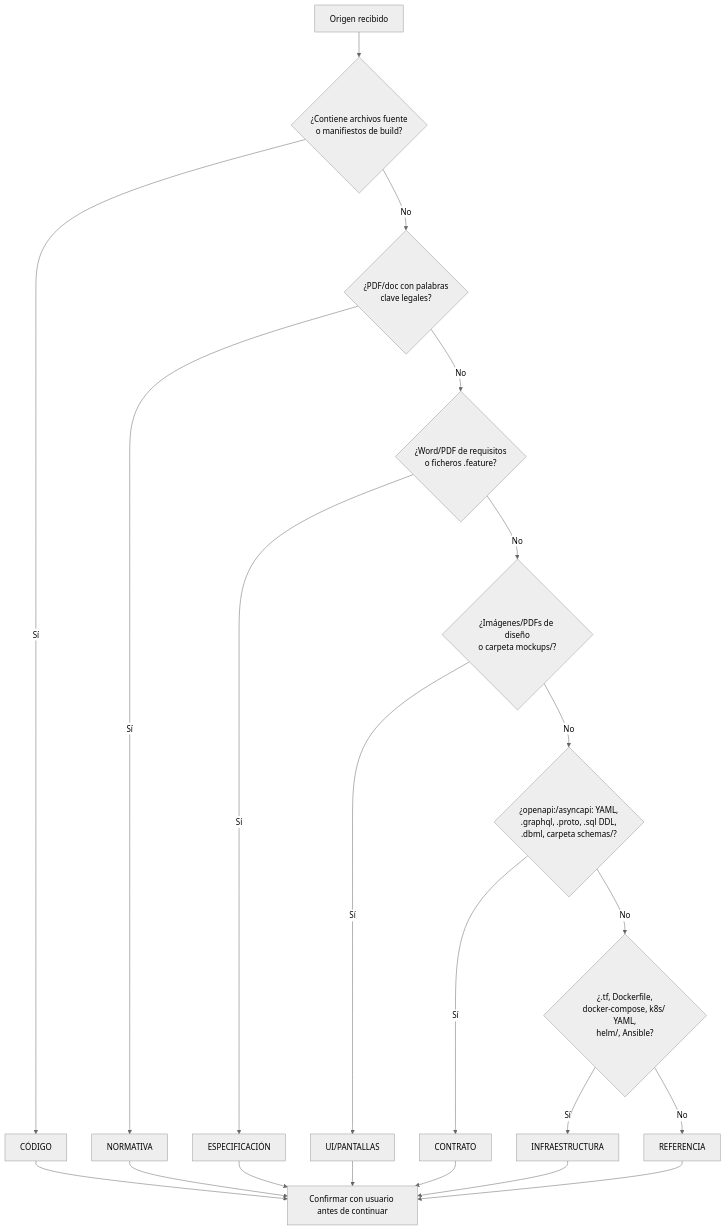
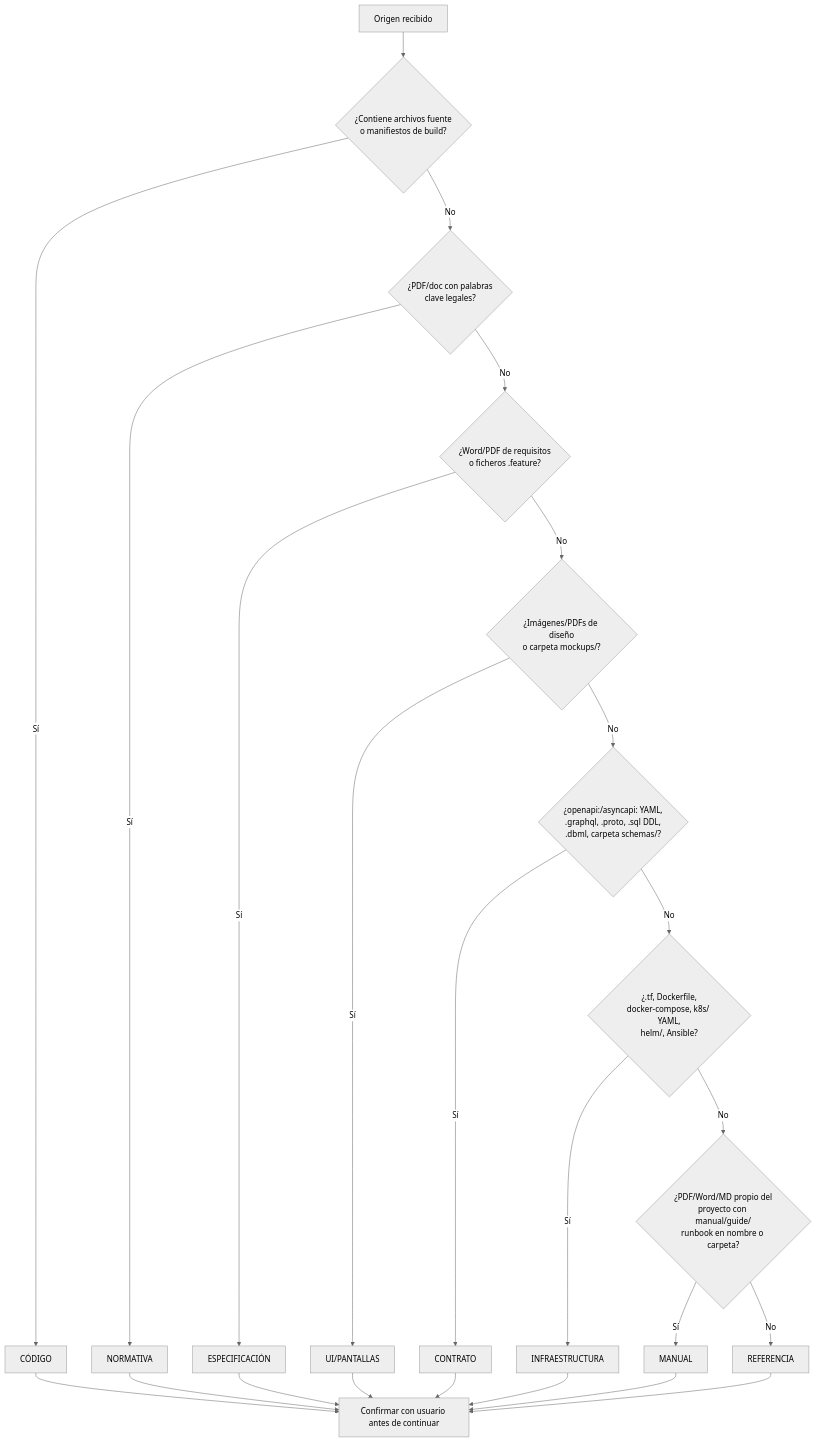
The diagram in docs/functional/origin_types.md (fmanza/doc_ia), drawn with Mermaid (neutral theme) before and after one commit. The commit also changed other lines of this file and 6 other files, not shown here.

````diff
--- a/docs/functional/origin_types.md
+++ b/docs/functional/origin_types.md
@@ -54,30 +57,34 @@
 ```mermaid
 flowchart TD
     O[Origen recibido] --> S1{¿Contiene archivos fuente<br/>o manifiestos de build?}
     S1 -- Sí --> CODIGO[CÓDIGO]
 
     S1 -- No --> S2{¿PDF/doc con palabras<br/>clave legales?}
     S2 -- Sí --> NORMATIVA[NORMATIVA]
 
     S2 -- No --> S3{¿Word/PDF de requisitos<br/>o ficheros .feature?}
     S3 -- Sí --> ESPECIFICACION[ESPECIFICACIÓN]
 
     S3 -- No --> S4{¿Imágenes/PDFs de diseño<br/>o carpeta mockups/?}
     S4 -- Sí --> UI[UI/PANTALLAS]
 
     S4 -- No --> S5{¿openapi:/asyncapi: YAML,<br/>.graphql, .proto, .sql DDL,<br/>.dbml, carpeta schemas/?}
     S5 -- Sí --> CONTRATO[CONTRATO]
 
     S5 -- No --> S6{¿.tf, Dockerfile,<br/>docker-compose, k8s/ YAML,<br/>helm/, Ansible?}
     S6 -- Sí --> INFRA[INFRAESTRUCTURA]
 
-    S6 -- No --> REFERENCIA[REFERENCIA]
+    S6 -- No --> S7{¿PDF/Word/MD propio del<br/>proyecto con manual/guide/<br/>runbook en nombre o carpeta?}
+    S7 -- Sí --> MANUAL[MANUAL]
+
+    S7 -- No --> REFERENCIA[REFERENCIA]
 
     CODIGO --> CONF[Confirmar con usuario antes de continuar]
     NORMATIVA --> CONF
     ESPECIFICACION --> CONF
     UI --> CONF
     CONTRATO --> CONF
     INFRA --> CONF
+    MANUAL --> CONF
     REFERENCIA --> CONF
 ```
````
